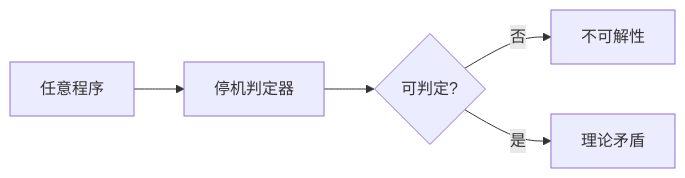
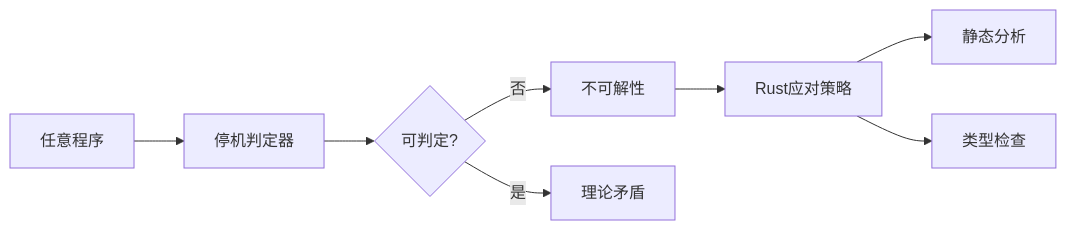
One commit to martin-ly/rust-lang changed the second of 5 diagrams in formal_rust/refactor/01_core_theory/01_language_foundations/01_rust_philosophy.md. Above: the diagram before and after it, drawn with Mermaid. The commit also changed other lines of this file and 6 other files, not shown here.

````diff
--- a/formal_rust/refactor/01_core_theory/01_language_foundations/01_rust_philosophy.md
+++ b/formal_rust/refactor/01_core_theory/01_language_foundations/01_rust_philosophy.md
@@ -103,7 +181,10 @@
-  ```mermaid
-  graph LR
+```mermaid
+graph LR
     A[任意程序] --> B[停机判定器]
     B --> C{可判定?}
     C -- 否 --> D[不可解性]
     C -- 是 --> E[理论矛盾]
-  ```
+    D --> F[Rust应对策略]
+    F --> G[静态分析]
+    F --> H[类型检查]
+```
````
